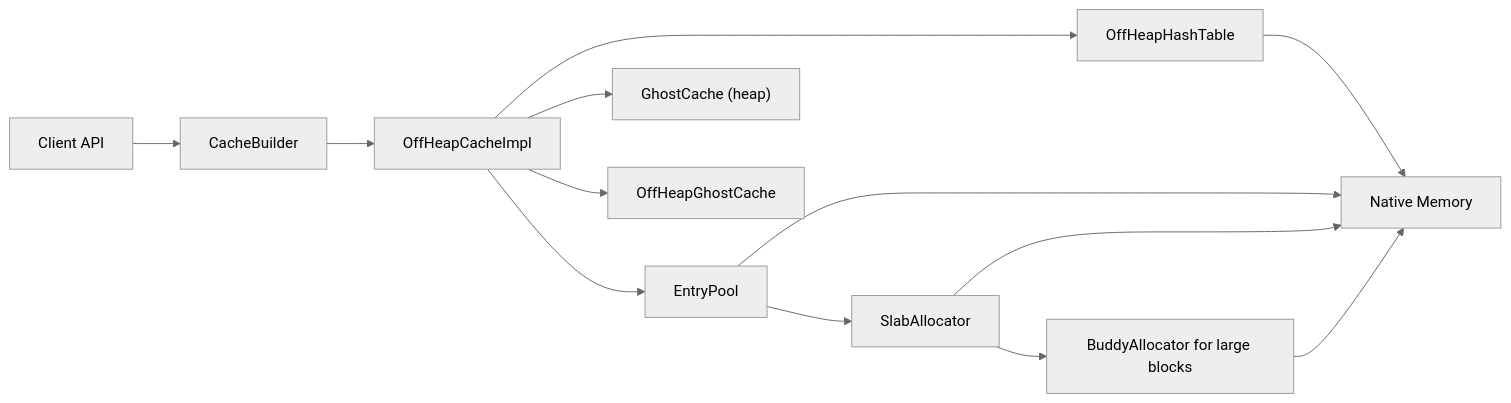
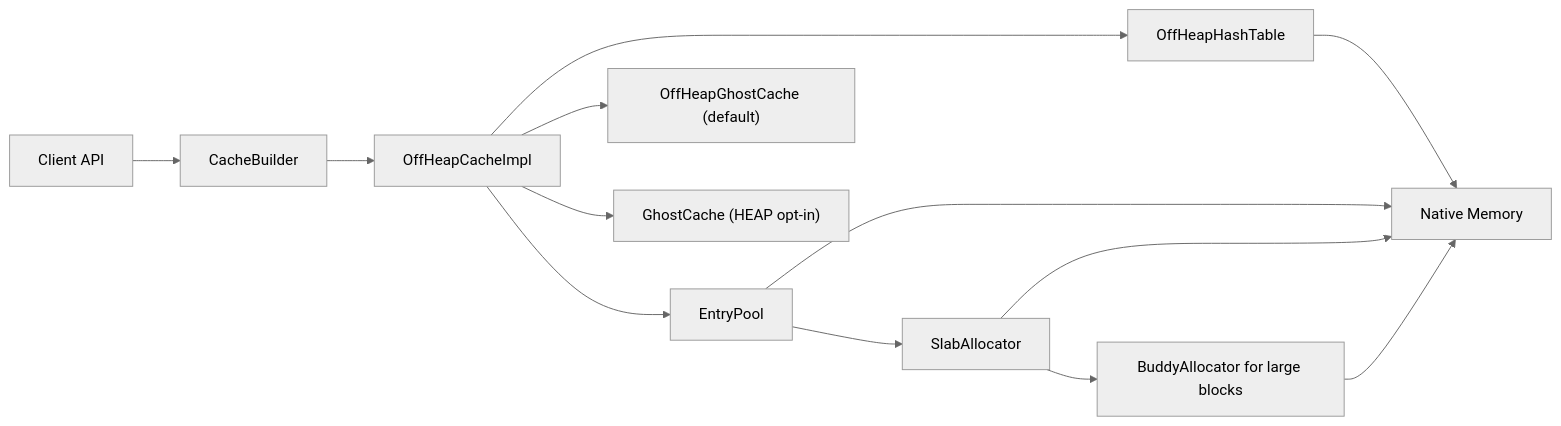
One commit to codeabbot/rmcache changed the diagram in README.md. Above: the diagram before and after it, drawn with Mermaid (neutral theme). The commit also changed other lines of this file and 32 other files, not shown here.

````diff
--- a/README.md
+++ b/README.md
@@ -33,15 +33,15 @@
 ```mermaid
 flowchart LR
   A["Client API"] --> B["CacheBuilder"]
   B --> C["OffHeapCacheImpl"]
   C --> D["OffHeapHashTable"]
   C --> E["EntryPool"]
   E --> F["SlabAllocator"]
   F --> G["BuddyAllocator for large blocks"]
-  C --> H["GhostCache (heap)"]
-  C --> I["OffHeapGhostCache"]
+  C --> H["OffHeapGhostCache (default)"]
+  C --> I["GhostCache (HEAP opt-in)"]
   D --> J["Native Memory"]
   E --> J
   F --> J
   G --> J
 ```
````
